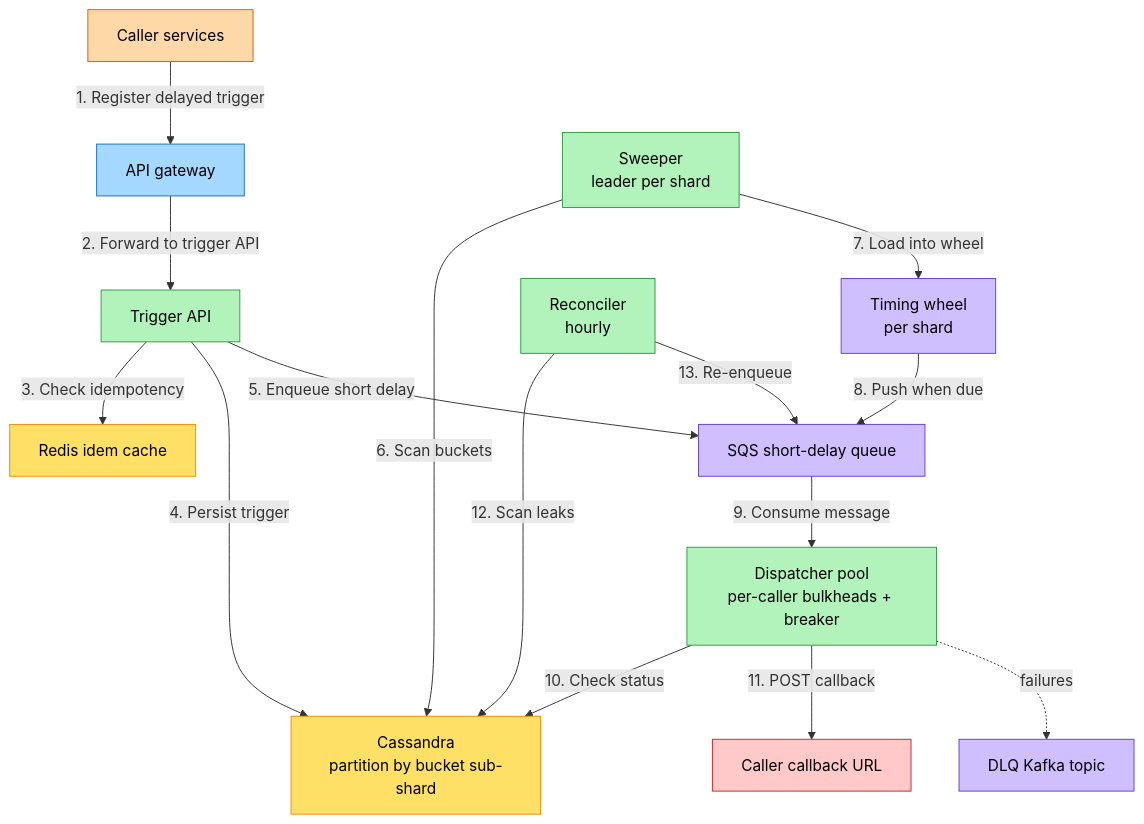
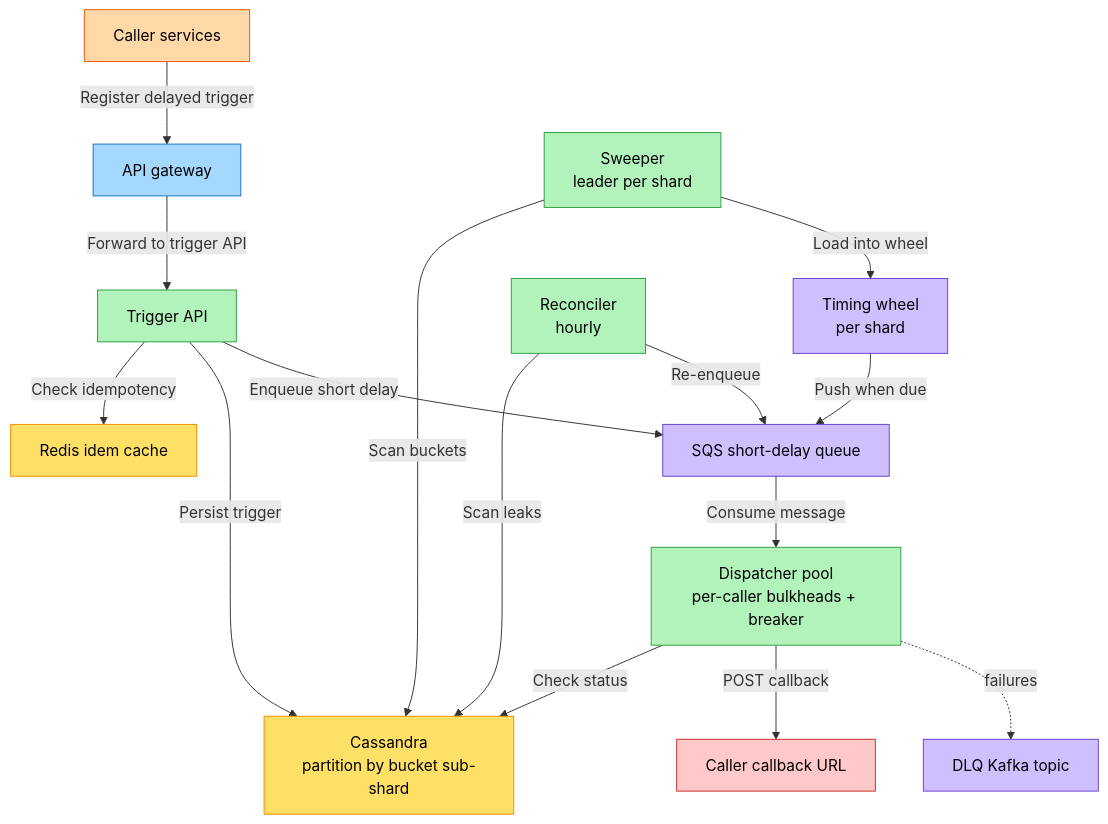
Before and after one commit to iluzn/HLD-Designs: the tenth of 10 diagrams in content/hld/DelayedTriggerService.md, drawn with Mermaid. The commit also changed 26 other files, not shown here.

First line of the commit message:
fix(hld): Remove confusing number prefixes from final architecture diagrams

````diff
--- a/content/hld/DelayedTriggerService.md
+++ b/content/hld/DelayedTriggerService.md
@@ -485,34 +485,34 @@
 ```mermaid
 flowchart TD
-  Caller["Caller services"] -->|"1. Register delayed trigger"| ALB["API gateway"]
-  ALB -->|"2. Forward to trigger API"| API["Trigger API"]
-  API -->|"3. Check idempotency"| Idem["Redis idem cache"]
-  API -->|"4. Persist trigger"| DB["Cassandra<br/>partition by bucket sub-shard"]
-  API -->|"5. Enqueue short delay"| SQSshort["SQS short-delay queue"]
+  Caller["Caller services"] -->|"Register delayed trigger"| ALB["API gateway"]
+  ALB -->|"Forward to trigger API"| API["Trigger API"]
+  API -->|"Check idempotency"| Idem["Redis idem cache"]
+  API -->|"Persist trigger"| DB["Cassandra<br/>partition by bucket sub-shard"]
+  API -->|"Enqueue short delay"| SQSshort["SQS short-delay queue"]
 
-  Sweeper["Sweeper<br/>leader per shard"] -->|"6. Scan buckets"| DB
-  Sweeper -->|"7. Load into wheel"| Wheel["Timing wheel<br/>per shard"]
-  Wheel -->|"8. Push when due"| SQSshort
+  Sweeper["Sweeper<br/>leader per shard"] -->|"Scan buckets"| DB
+  Sweeper -->|"Load into wheel"| Wheel["Timing wheel<br/>per shard"]
+  Wheel -->|"Push when due"| SQSshort
 
-  SQSshort -->|"9. Consume message"| Disp["Dispatcher pool<br/>per-caller bulkheads + breaker"]
-  Disp -->|"10. Check status"| DB
-  Disp -->|"11. POST callback"| CB["Caller callback URL"]
+  SQSshort -->|"Consume message"| Disp["Dispatcher pool<br/>per-caller bulkheads + breaker"]
+  Disp -->|"Check status"| DB
+  Disp -->|"POST callback"| CB["Caller callback URL"]
 
   Disp -.failures.-> DLQ["DLQ Kafka topic"]
-  Recon["Reconciler<br/>hourly"] -->|"12. Scan leaks"| DB
-  Recon -->|"13. Re-enqueue"| SQSshort
+  Recon["Reconciler<br/>hourly"] -->|"Scan leaks"| DB
+  Recon -->|"Re-enqueue"| SQSshort
 
   classDef client fill:#FFD8A8,stroke:#E8590C,color:#000
   classDef edge fill:#A5D8FF,stroke:#1971C2,color:#000
   classDef service fill:#B2F2BB,stroke:#2F9E44,color:#000
   classDef async fill:#D0BFFF,stroke:#6741D5,color:#000
   classDef data fill:#FFE066,stroke:#F08C00,color:#000
   classDef external fill:#FFC9C9,stroke:#C92A2A,color:#000
 
   class Caller client
   class CB external
   class ALB edge
   class API,Sweeper,Disp,Recon service
   class Wheel,SQSshort,DLQ async
   class Idem,DB data
 ```
````
